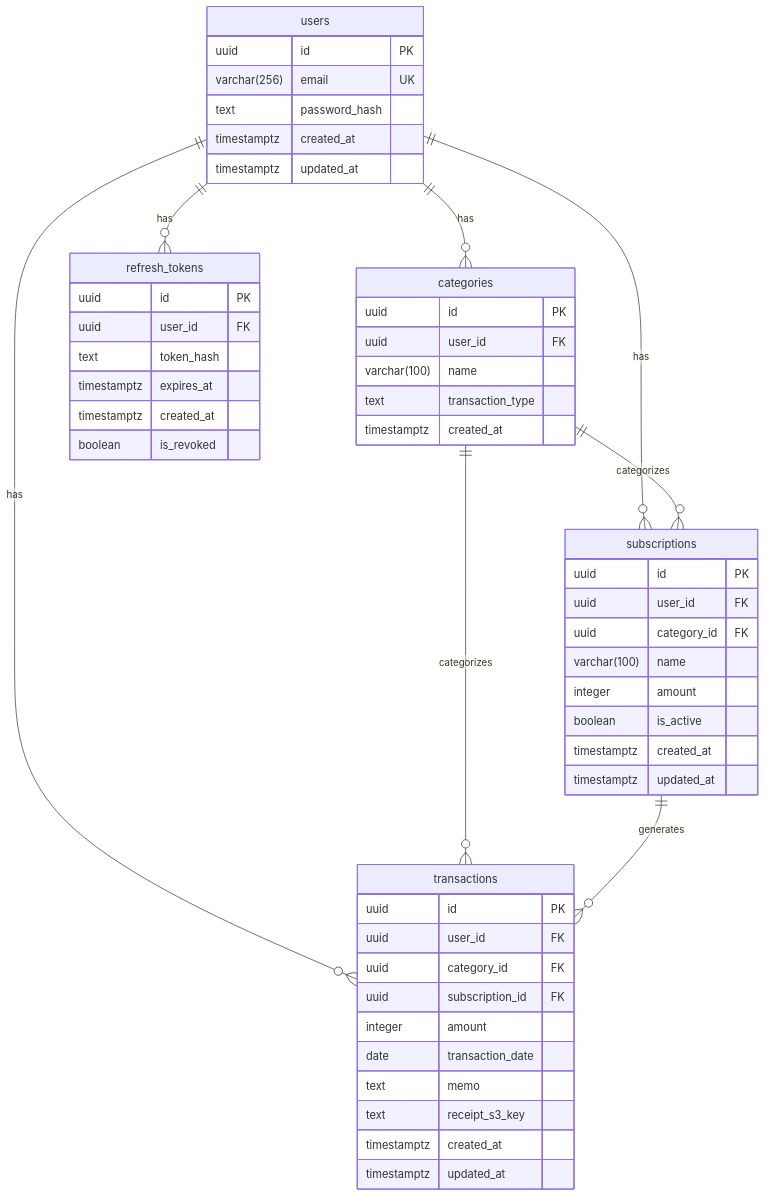
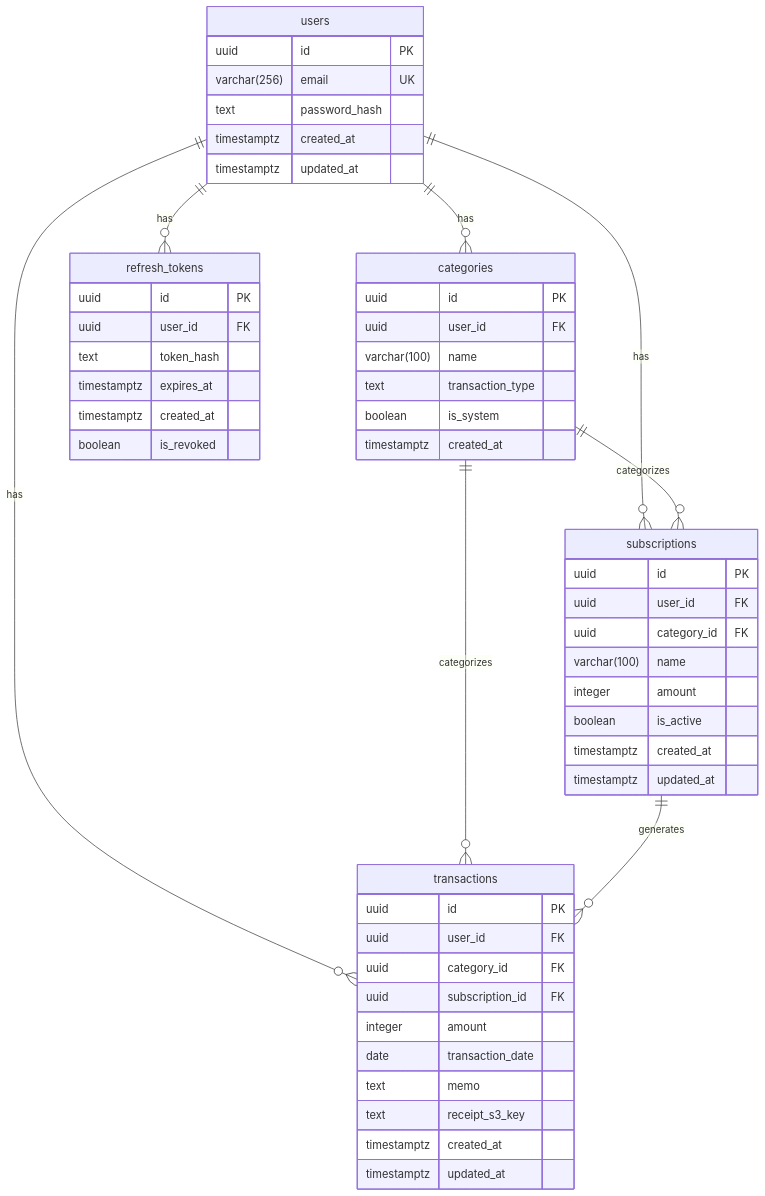
The diagram in docs/db-design.md (is-9108/KakeiBase), drawn with Mermaid before and after one commit. The commit also changed other lines of this file and 5 other files, not shown here.

````diff
--- a/docs/db-design.md
+++ b/docs/db-design.md
@@ -15,59 +15,60 @@
 ```mermaid
 erDiagram
     users {
         uuid id PK
         varchar(256) email UK
         text password_hash
         timestamptz created_at
         timestamptz updated_at
     }
 
     categories {
         uuid id PK
         uuid user_id FK
         varchar(100) name
         text transaction_type
+        boolean is_system
         timestamptz created_at
     }
 
     subscriptions {
         uuid id PK
         uuid user_id FK
         uuid category_id FK
         varchar(100) name
         integer amount
         boolean is_active
         timestamptz created_at
         timestamptz updated_at
     }
 
     transactions {
         uuid id PK
         uuid user_id FK
         uuid category_id FK
         uuid subscription_id FK
         integer amount
         date transaction_date
         text memo
         text receipt_s3_key
         timestamptz created_at
         timestamptz updated_at
     }
 
     refresh_tokens {
         uuid id PK
         uuid user_id FK
         text token_hash
         timestamptz expires_at
         timestamptz created_at
         boolean is_revoked
     }
 
     users ||--o{ categories : "has"
     users ||--o{ subscriptions : "has"
     users ||--o{ transactions : "has"
     users ||--o{ refresh_tokens : "has"
     categories ||--o{ subscriptions : "categorizes"
     categories ||--o{ transactions : "categorizes"
     subscriptions ||--o{ transactions : "generates"
 ```
````
